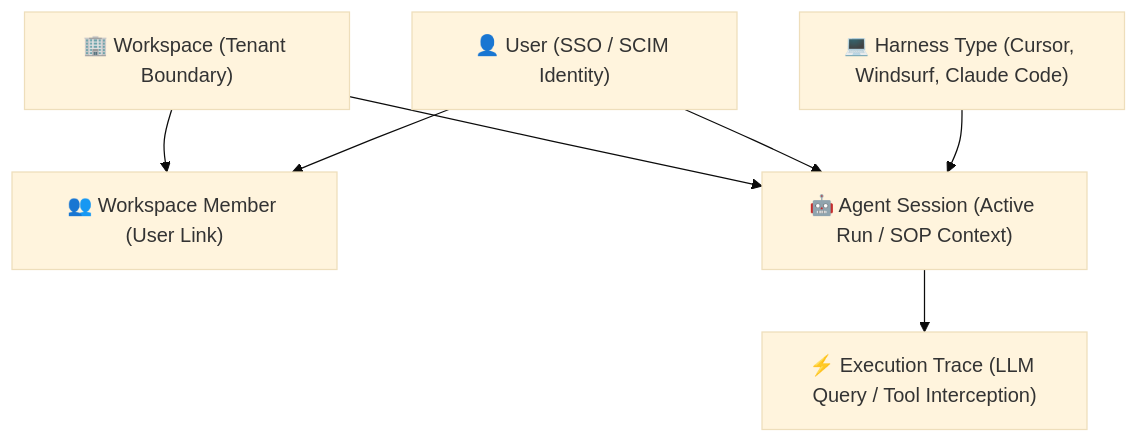
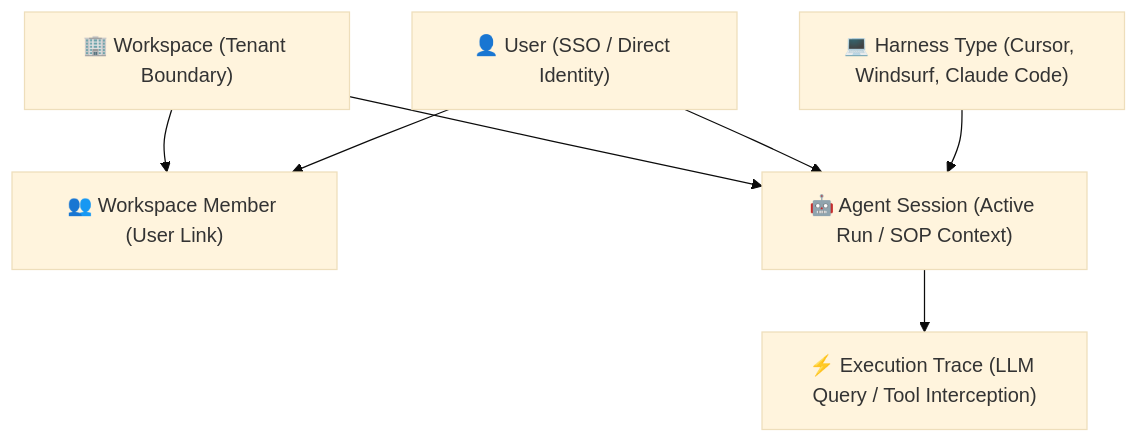
Before and after one commit to intutic/intutic: the diagram in apps/docs/external/hierarchy.md, drawn with Mermaid (base theme). The commit also changed 2 other files, not shown here.

Commit message:
docs: three surviving cut-feature claims, and restore the SOP Optimizer row
- guide/faqs.md advertised behavioral drift tracking via semantic vector spaces
  and trajectory centroids — stripped in 3297caf0. Rewritten around LLM probe
  verdicts and cost baselines, which ship.
- external/hierarchy.md's diagram still labelled the User node "SSO / SCIM
  Identity"; the prose was corrected earlier but the mermaid node was not.
- guide/security.md: restored the "SOP Optimizer" permissions row. I renamed it to
  "Intelligence Engine" earlier today assuming it was stale — both surfaces exist
  (MetaClawPage at /metaclaw, IntelligencePage at /intelligence), so replacing one
  with the other deleted a true row.

````diff
--- a/apps/docs/external/hierarchy.md
+++ b/apps/docs/external/hierarchy.md
@@ -44,16 +44,16 @@
 ```mermaid
 graph TD
     Workspace["🏢 Workspace (Tenant Boundary)"]
     WorkspaceMember["👥 Workspace Member (User Link)"]
-    User["👤 User (SSO / SCIM Identity)"]
+    User["👤 User (SSO / Direct Identity)"]
     Harness["💻 Harness Type (Cursor, Windsurf, Claude Code)"]
     AgentSession["🤖 Agent Session (Active Run / SOP Context)"]
     ExecutionTrace["⚡ Execution Trace (LLM Query / Tool Interception)"]
 
     Workspace --> WorkspaceMember
     User --> WorkspaceMember
     Workspace --> AgentSession
     User --> AgentSession
     Harness --> AgentSession
     AgentSession --> ExecutionTrace
 ```
````
